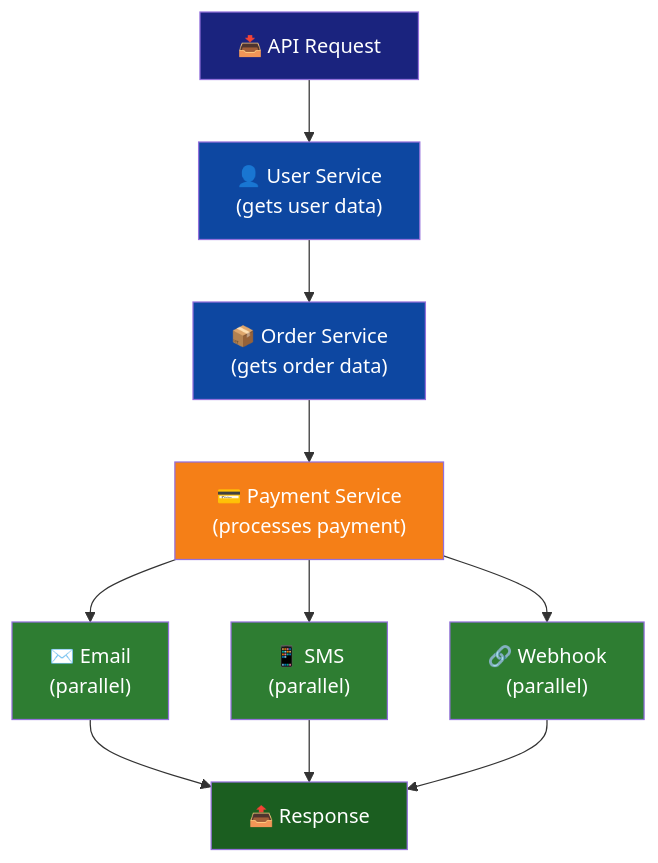
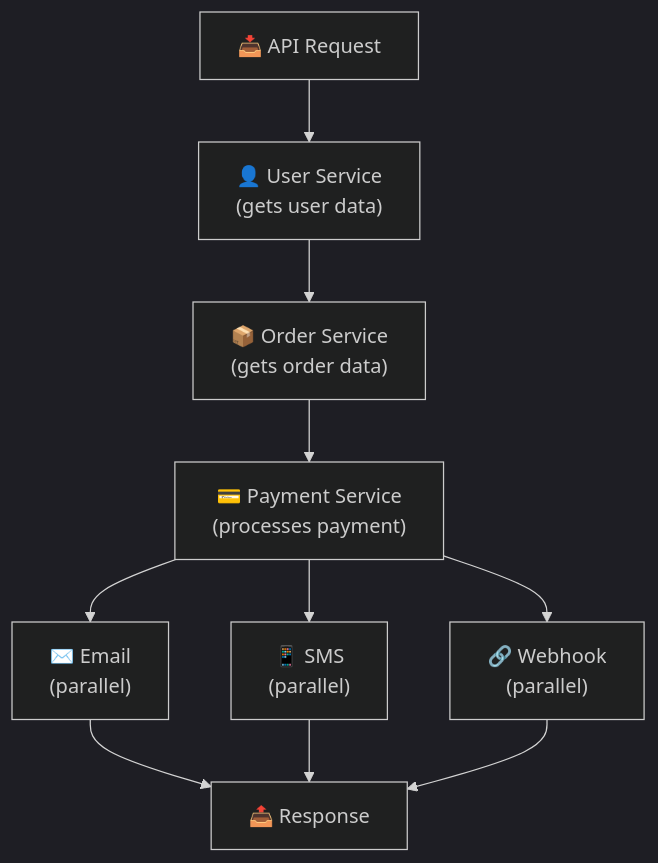
The sixth of 13 diagrams in README.md (Singularity-ng/singularity-workflows), drawn with Mermaid before and after one commit. The commit also changed other lines of this file, not shown here.

First line of the commit message:
Use Mermaid's built-in dark theme for all diagrams

````diff
--- a/README.md
+++ b/README.md
@@ -167,24 +137,16 @@
 ```mermaid
+%%{init: {'theme':'dark'}}%%
 graph TB
     A["📥 API Request"]
 
     A --> B["👤 User Service<br/>(gets user data)"]
     B --> C["📦 Order Service<br/>(gets order data)"]
     C --> D["💳 Payment Service<br/>(processes payment)"]
     D --> E1["✉️ Email<br/>(parallel)"]
     D --> E2["📱 SMS<br/>(parallel)"]
     D --> E3["🔗 Webhook<br/>(parallel)"]
 
     E1 --> F["📤 Response"]
     E2 --> F
     E3 --> F
-
-    style A fill:#1a237e,color:#fff
-    style B fill:#0d47a1,color:#fff
-    style C fill:#0d47a1,color:#fff
-    style D fill:#f57f17,color:#fff
-    style E1 fill:#2e7d32,color:#fff
-    style E2 fill:#2e7d32,color:#fff
-    style E3 fill:#2e7d32,color:#fff
-    style F fill:#1b5e20,color:#fff
 ```
````
